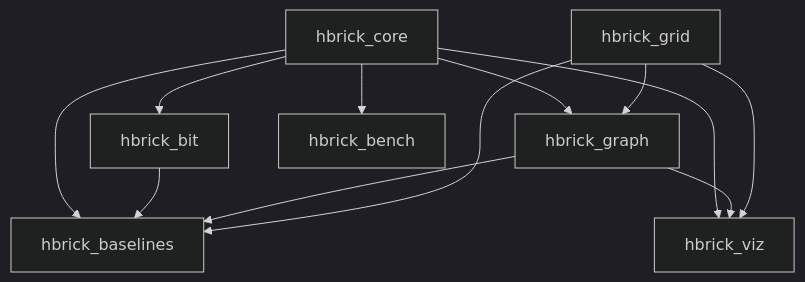
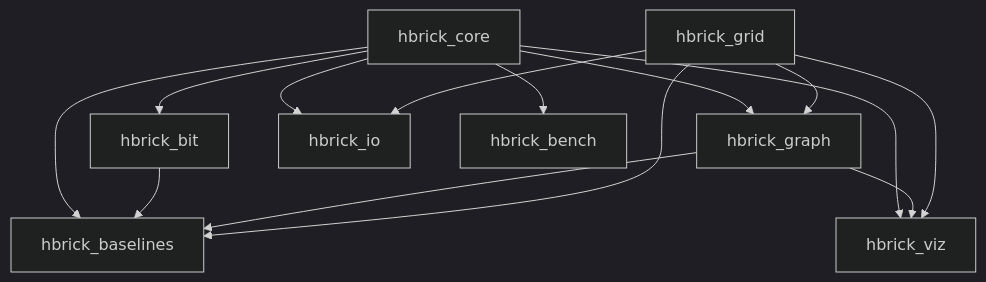
One commit to ozaslan/hbrick changed the first of 2 diagrams in docs/atlas.md. Above: the diagram before and after it, drawn with Mermaid (dark theme). The commit also changed other lines of this file and 7 other files, not shown here.

````diff
--- a/docs/atlas.md
+++ b/docs/atlas.md
@@ -11,22 +11,25 @@
 ```mermaid
 flowchart TB
     core[hbrick_core]
     bit[hbrick_bit]
     graphMod[hbrick_graph]
     baselines[hbrick_baselines]
     grid[hbrick_grid]
+    io[hbrick_io]
     bench[hbrick_bench]
     viz[hbrick_viz]
 
     core --> bit
     core --> graphMod
     grid --> graphMod
+    core --> io
+    grid --> io
     core --> baselines
     bit --> baselines
     graphMod --> baselines
     grid --> baselines
     core --> viz
     graphMod --> viz
     grid --> viz
     core --> bench
 ```
````
